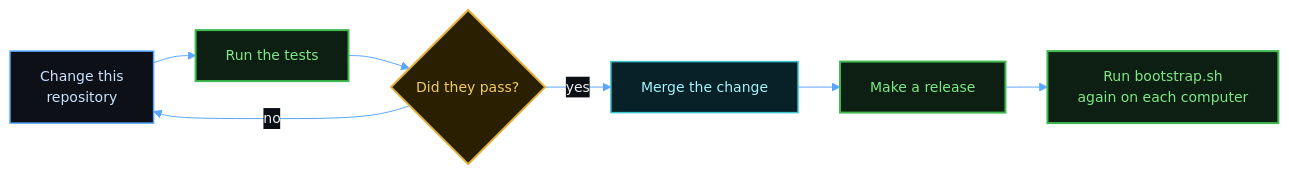
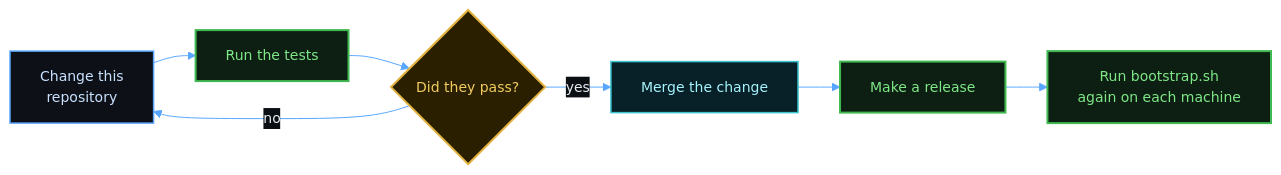
One commit to MussaCharles/herdspace changed the diagram in docs/updating.md. Above: the diagram before and after it, drawn with Mermaid. The commit also changed other lines of this file and 18 other files, not shown here.

````diff
--- a/docs/updating.md
+++ b/docs/updating.md
@@ -5,23 +5,23 @@
 ```mermaid
 %%{init: {'theme': 'base', 'themeVariables': {
   'fontFamily': 'Menlo, Consolas, Courier New, monospace', 'fontSize': '14px',
   'primaryColor': '#0d1117', 'primaryTextColor': '#e6edf3', 'primaryBorderColor': '#3fb950',
   'textColor': '#e6edf3', 'lineColor': '#58a6ff', 'secondaryColor': '#161b22', 'tertiaryColor': '#0d1117',
   'edgeLabelBackground': '#0b0f14', 'clusterBkg': '#0b0f14', 'clusterBorder': '#30363d', 'titleColor': '#d2a8ff',
   'actorBkg': '#0d1f12', 'actorBorder': '#3fb950', 'actorTextColor': '#7ee787', 'actorLineColor': '#30363d',
   'signalColor': '#58a6ff', 'signalTextColor': '#e6edf3', 'sequenceNumberColor': '#0b0f14'
 }, 'flowchart': {'curve': 'basis', 'nodeSpacing': 34, 'rankSpacing': 42, 'wrappingWidth': 340}}}%%
 flowchart LR
   classDef cmd fill:#0d1f12,stroke:#3fb950,stroke-width:2px,color:#7ee787
   classDef step fill:#0d1117,stroke:#58a6ff,stroke-width:1.5px,color:#c9e1ff
   classDef ask fill:#2a2000,stroke:#e3b341,stroke-width:2px,color:#f2cc60
   classDef host fill:#1a0f24,stroke:#bc8cff,stroke-width:2px,color:#d2a8ff
   classDef data fill:#082028,stroke:#39c5cf,stroke-width:1.5px,color:#a5f3fc
   classDef stop fill:#2a0f12,stroke:#ff7b72,stroke-width:2px,color:#ffa198
   a["Change this<br/>repository"]:::step --> b["Run the tests"]:::cmd
   b --> c{"Did they pass?"}:::ask
   c -- " no " --> a
   c -- " yes " --> d["Merge the change"]:::data
   d --> e["Make a release"]:::cmd
-  e --> f["Run bootstrap.sh<br/>again on each computer"]:::cmd
+  e --> f["Run bootstrap.sh<br/>again on each machine"]:::cmd
 ```
````
